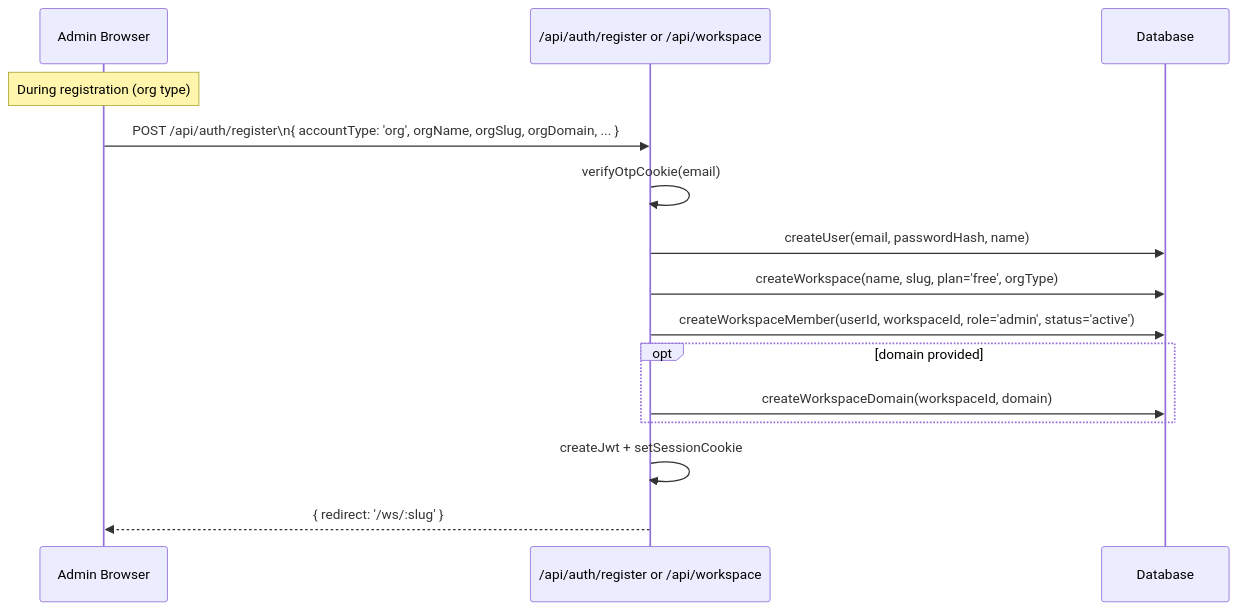
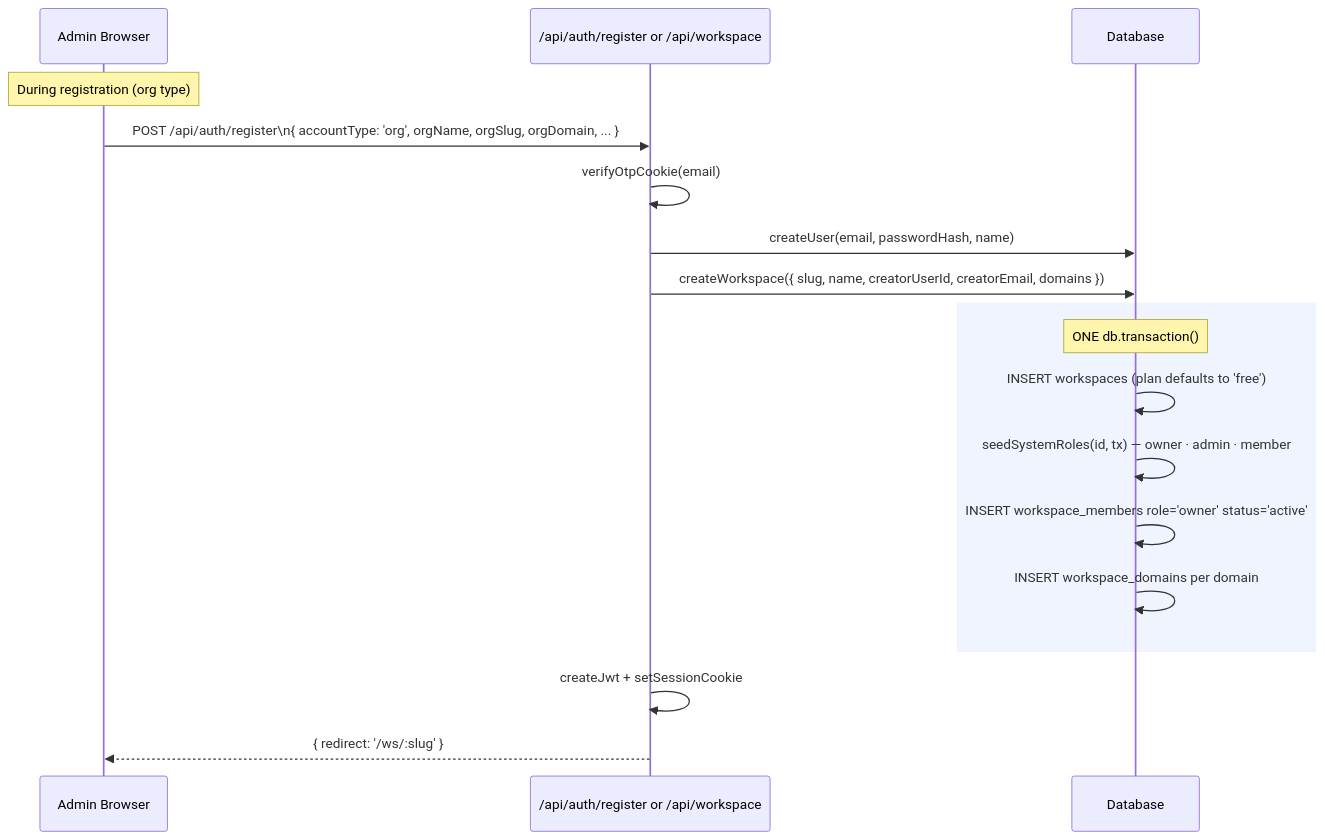
The first of 8 diagrams in docs/architecture/workspace-flow.md (ksharma20/checkmark), drawn with Mermaid before and after one commit. The commit also changed other lines of this file and 296 other files, not shown here.

````diff
--- a/docs/architecture/workspace-flow.md
+++ b/docs/architecture/workspace-flow.md
@@ -7,19 +13,24 @@
 ```mermaid
 sequenceDiagram
   participant U as Admin Browser
   participant API as /api/auth/register or /api/workspace
   participant DB as Database
 
   Note over U: During registration (org type)
 
   U->>API: POST /api/auth/register\n{ accountType: 'org', orgName, orgSlug, orgDomain, ... }
   API->>API: verifyOtpCookie(email)
   API->>DB: createUser(email, passwordHash, name)
-  API->>DB: createWorkspace(name, slug, plan='free', orgType)
-  API->>DB: createWorkspaceMember(userId, workspaceId, role='admin', status='active')
-  opt domain provided
-    API->>DB: createWorkspaceDomain(workspaceId, domain)
+  API->>DB: createWorkspace({ slug, name, creatorUserId, creatorEmail, domains })
+
+  rect rgb(240,244,255)
+    Note over DB: ONE db.transaction()
+    DB->>DB: INSERT workspaces (plan defaults to 'free')
+    DB->>DB: seedSystemRoles(id, tx) — owner · admin · member
+    DB->>DB: INSERT workspace_members role='owner' status='active'
+    DB->>DB: INSERT workspace_domains per domain
   end
+
   API->>API: createJwt + setSessionCookie
   API-->>U: { redirect: '/ws/:slug' }
 ```
````
